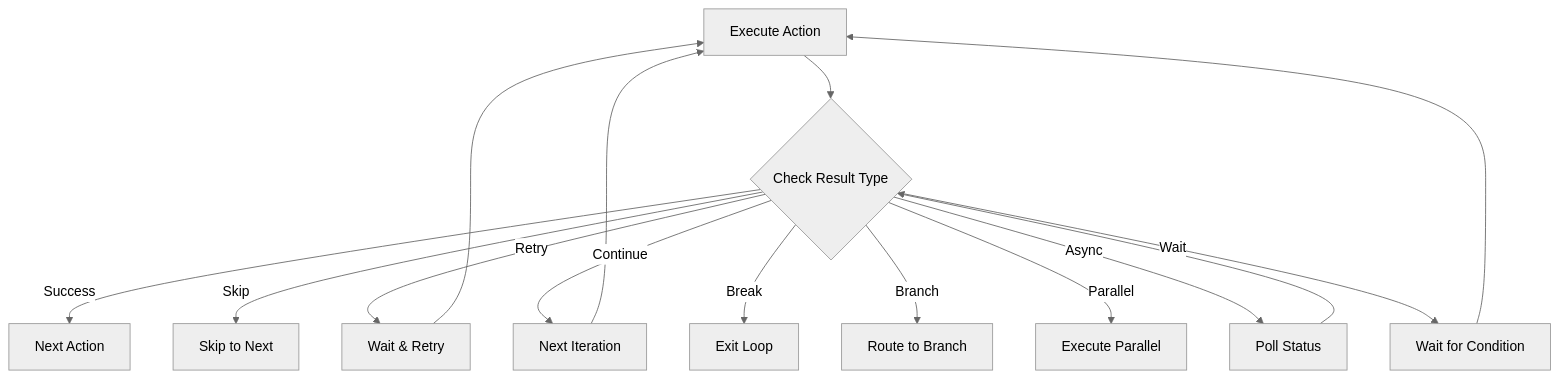
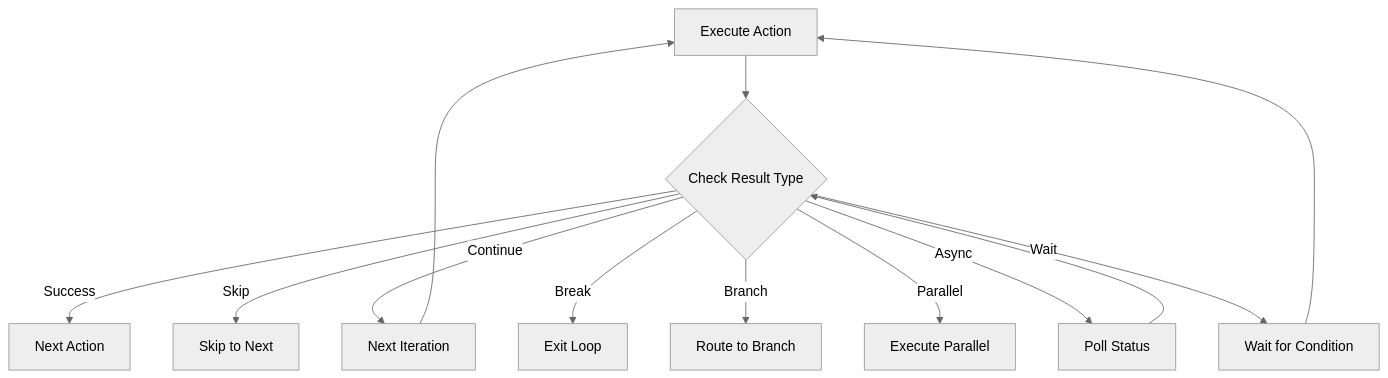
One commit to vanyastaff/nebula changed the second of 2 diagrams in crates/action/docs/Action Result System.md. Above: the diagram before and after it, drawn with Mermaid (neutral theme). The commit also changed other lines of this file and 21 other files, not shown here.

First line of the commit message:
refactor(engine)!: close ROADMAP §M2.1 via remove-from-canon (#626)

````diff
--- a/crates/action/docs/Action Result System.md
+++ b/crates/action/docs/Action Result System.md
@@ -543,19 +519,17 @@
 ```mermaid
 graph TD
     Start[Execute Action] --> Check{Check Result Type}
     
     Check --> |Success| Next[Next Action]
     Check --> |Skip| SkipNext[Skip to Next]
-    Check --> |Retry| Wait1[Wait & Retry]
     Check --> |Continue| Loop[Next Iteration]
     Check --> |Break| Exit[Exit Loop]
     Check --> |Branch| Route[Route to Branch]
     Check --> |Parallel| Par[Execute Parallel]
     Check --> |Async| Poll[Poll Status]
     Check --> |Wait| WaitCond[Wait for Condition]
-    
-    Wait1 --> Start
+
     Loop --> Start
     Poll --> Check
     WaitCond --> Start
 ```
````
